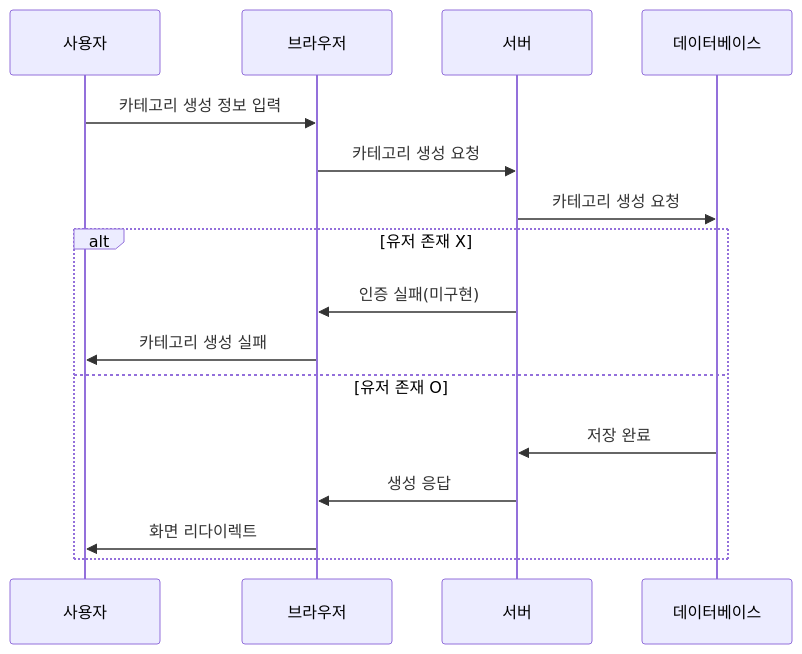
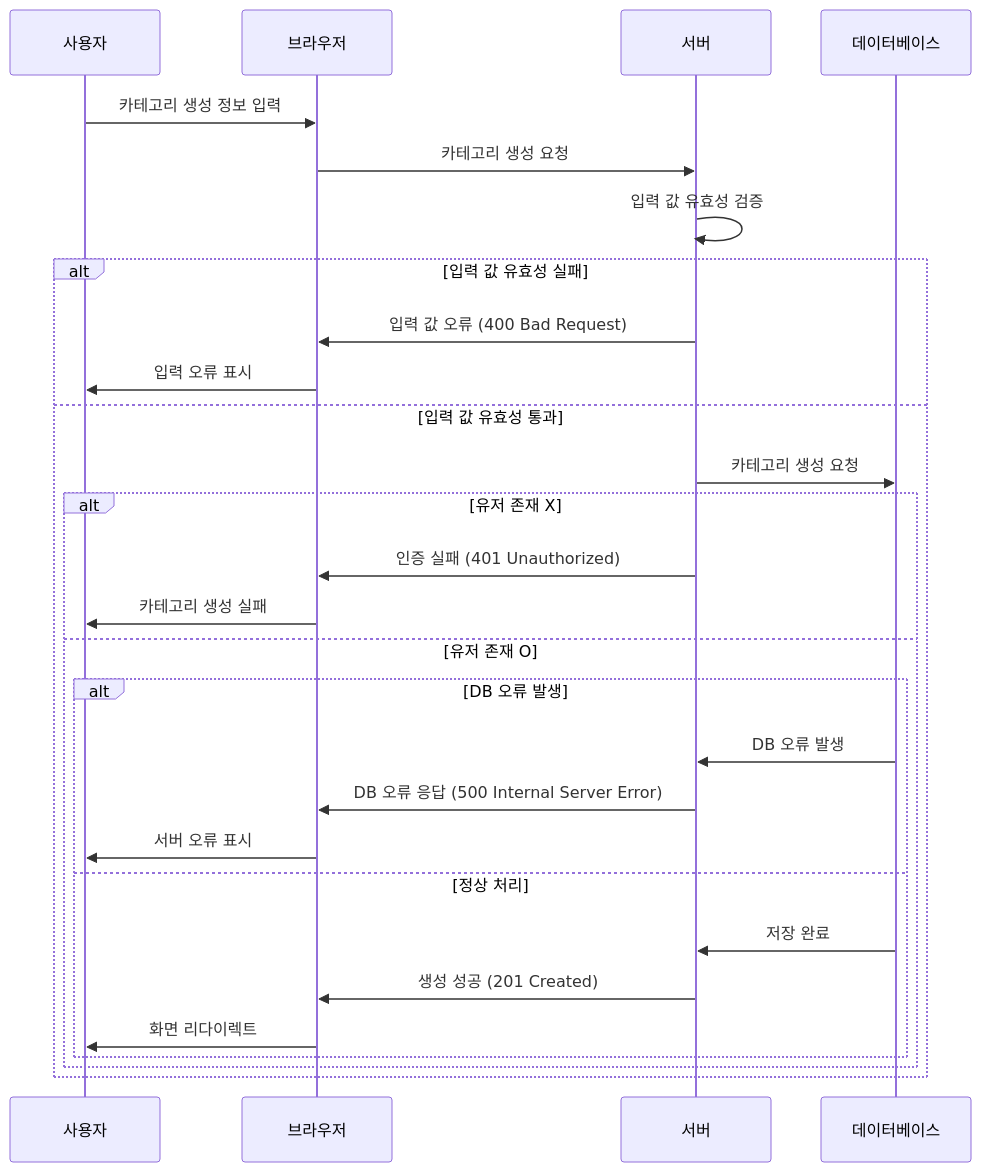
Before and after one commit to zmfpdl64/BookMark: the diagram in DetailWork/CreateCategory.md, drawn with Mermaid. The commit also changed 3 other files, not shown here.

Commit message:
Docs: Google OAuth 회원가입 시퀸스 다이어그램 작성

````diff
--- a/DetailWork/CreateCategory.md
+++ b/DetailWork/CreateCategory.md
@@ -1,19 +1,32 @@
 ```mermaid
 sequenceDiagram
     participant User as 사용자
     participant Browser as 브라우저
     participant Server as 서버
     participant DB as 데이터베이스
 
     User->>Browser: 카테고리 생성 정보 입력
     Browser->>Server: 카테고리 생성 요청
-    Server->>DB: 카테고리 생성 요청
-    alt 유저 존재 X
-        Server->>Browser: 인증 실패(미구현)
-        Browser->>User: 카테고리 생성 실패
-    else 유저 존재 O
-        DB->>Server: 저장 완료
-        Server->>Browser: 생성 응답
-        Browser->>User: 화면 리다이렉트
-    end 
+    Server->>Server: 입력 값 유효성 검증
+    alt 입력 값 유효성 실패
+        Server->>Browser: 입력 값 오류 (400 Bad Request)
+        Browser->>User: 입력 오류 표시
+    else 입력 값 유효성 통과
+        Server->>DB: 카테고리 생성 요청
+        alt 유저 존재 X
+            Server->>Browser: 인증 실패 (401 Unauthorized)
+            Browser->>User: 카테고리 생성 실패
+        else 유저 존재 O
+            alt DB 오류 발생
+                DB->>Server: DB 오류 발생
+                Server->>Browser: DB 오류 응답 (500 Internal Server Error)
+                Browser->>User: 서버 오류 표시
+            else 정상 처리
+                DB->>Server: 저장 완료
+                Server->>Browser: 생성 성공 (201 Created)
+                Browser->>User: 화면 리다이렉트
+            end
+        end
+    end
+
 ``` 
````
